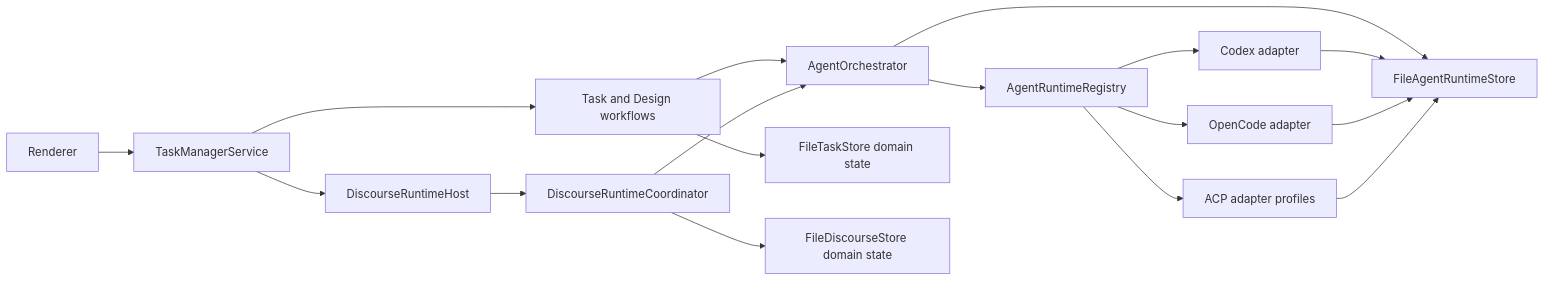
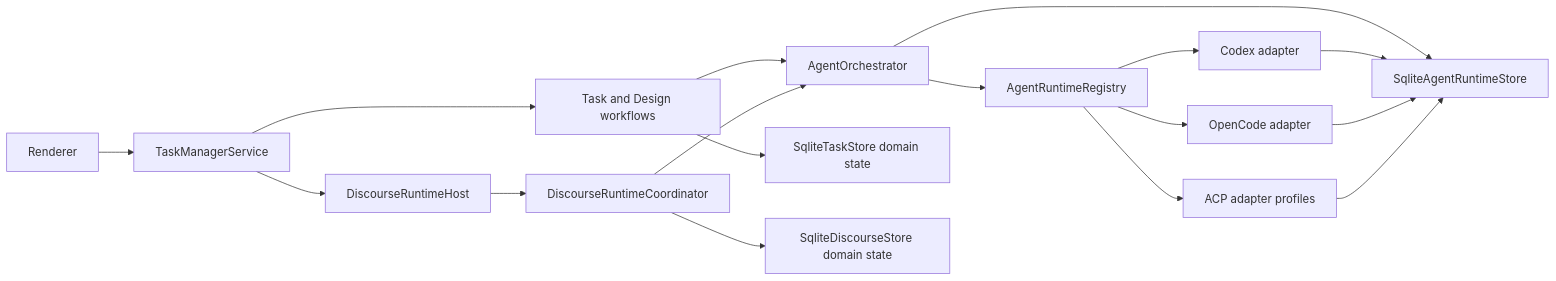
The diagram in docs/architecture/AGENT_RUNTIME_ARCHITECTURE.md (RojhatToptamus/task-monki), drawn with Mermaid before and after one commit. The commit also changed other lines of this file and 134 other files, not shown here.

````diff
--- a/docs/architecture/AGENT_RUNTIME_ARCHITECTURE.md
+++ b/docs/architecture/AGENT_RUNTIME_ARCHITECTURE.md
@@ -174,19 +176,19 @@
 ```mermaid
 flowchart LR
   UI[Renderer] --> Service[TaskManagerService]
   Service --> TaskFlow[Task and Design workflows]
   Service --> DiscourseFlow[DiscourseRuntimeHost]
   TaskFlow --> Orchestrator[AgentOrchestrator]
   DiscourseFlow --> DiscourseCoordinator[DiscourseRuntimeCoordinator]
   DiscourseCoordinator --> Orchestrator
   Orchestrator --> Registry[AgentRuntimeRegistry]
   Registry --> Codex[Codex adapter]
   Registry --> OpenCode[OpenCode adapter]
   Registry --> ACP[ACP adapter profiles]
-  Orchestrator --> RuntimeStore[FileAgentRuntimeStore]
+  Orchestrator --> RuntimeStore[SqliteAgentRuntimeStore]
   Codex --> RuntimeStore
   OpenCode --> RuntimeStore
   ACP --> RuntimeStore
-  TaskFlow --> TaskStore[FileTaskStore domain state]
-  DiscourseCoordinator --> DiscourseStore[FileDiscourseStore domain state]
+  TaskFlow --> TaskStore[SqliteTaskStore domain state]
+  DiscourseCoordinator --> DiscourseStore[SqliteDiscourseStore domain state]
 ```
````
